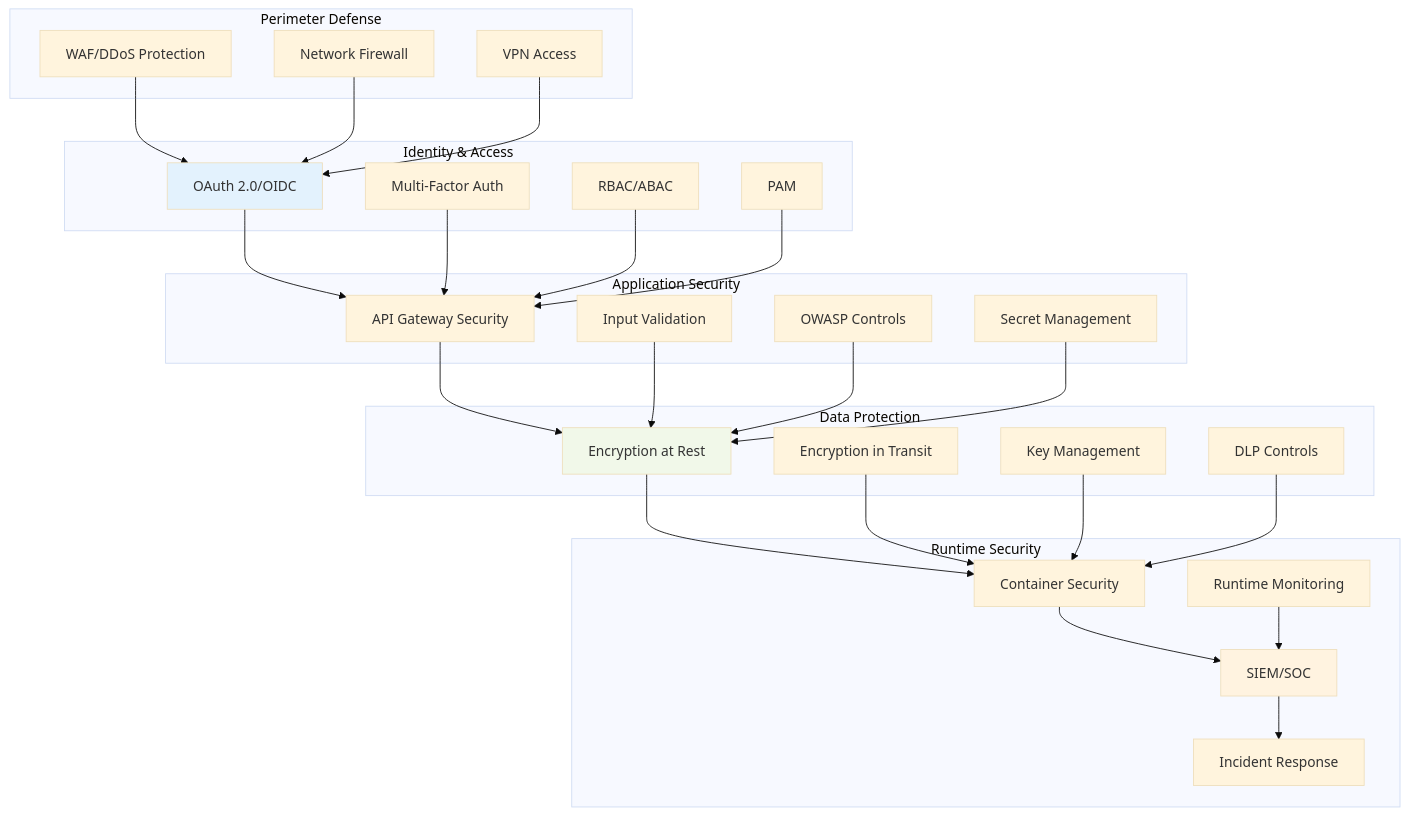
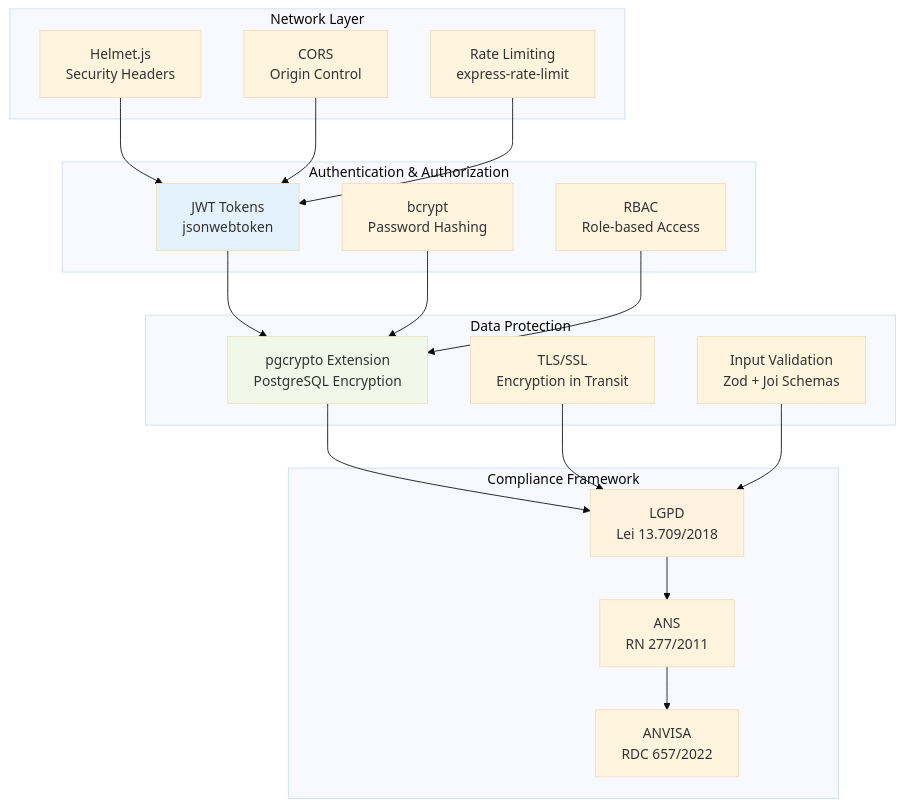
One commit to rodaquino-OMNI/Coordenacao-Cuidado-Enterprise changed the fifth of 8 diagrams in docs/architecture_diagrams.md. Above: the diagram before and after it, drawn with Mermaid (base theme). The commit also changed other lines of this file and 14 other files, not shown here.

Commit message:
wave-4: documentation & ADRs — architecture v2.0 (honest), 6 ADRs, OpenAPI 3.0 (36 endpoints), operations runbook, developer guide, PROJECT_STATUS.md, final compliance review

````diff
--- a/docs/architecture_diagrams.md
+++ b/docs/architecture_diagrams.md
@@ -197,63 +171,45 @@
 ```mermaid
 graph TB
-    subgraph "Perimeter Defense"
-        A[WAF/DDoS Protection]
-        B[Network Firewall]
-        C[VPN Access]
+    subgraph "Network Layer"
+        A[Helmet.js<br/>Security Headers]
+        B[CORS<br/>Origin Control]
+        C[Rate Limiting<br/>express-rate-limit]
     end
 
-    subgraph "Identity & Access"
-        D[OAuth 2.0/OIDC]
-        E[Multi-Factor Auth]
-        F[RBAC/ABAC]
-        G[PAM]
-    end
-
-    subgraph "Application Security"
-        H[API Gateway Security]
-        I[Input Validation]
-        J[OWASP Controls]
-        K[Secret Management]
+    subgraph "Authentication & Authorization"
+        D[JWT Tokens<br/>jsonwebtoken]
+        E[bcrypt<br/>Password Hashing]
+        F[RBAC<br/>Role-based Access]
     end
 
     subgraph "Data Protection"
-        L[Encryption at Rest]
-        M[Encryption in Transit]
-        N[Key Management]
-        O[DLP Controls]
+        G[pgcrypto Extension<br/>PostgreSQL Encryption]
+        H[TLS/SSL<br/>Encryption in Transit]
+        I[Input Validation<br/>Zod + Joi Schemas]
     end
 
-    subgraph "Runtime Security"
-        P[Container Security]
-        Q[Runtime Monitoring]
-        R[SIEM/SOC]
-        S[Incident Response]
+    subgraph "Compliance Framework"
+        J[LGPD<br/>Lei 13.709/2018]
+        K[ANS<br/>RN 277/2011]
+        L[ANVISA<br/>RDC 657/2022]
     end
 
     A --> D
     B --> D
     C --> D
 
-    D --> H
-    E --> H
-    F --> H
-    G --> H
+    D --> G
+    E --> G
+    F --> G
 
-    H --> L
-    I --> L
-    J --> L
+    G --> J
+    H --> J
+    I --> J
+
+    J --> K
     K --> L
 
-    L --> P
-    M --> P
-    N --> P
-    O --> P
-
-    P --> R
-    Q --> R
-    R --> S
-
     style D fill:#e3f2fd
-    style L fill:#f1f8e9
-    style R fill:#fff3e0
+    style G fill:#f1f8e9
+    style J fill:#fff3e0
 ```
````
